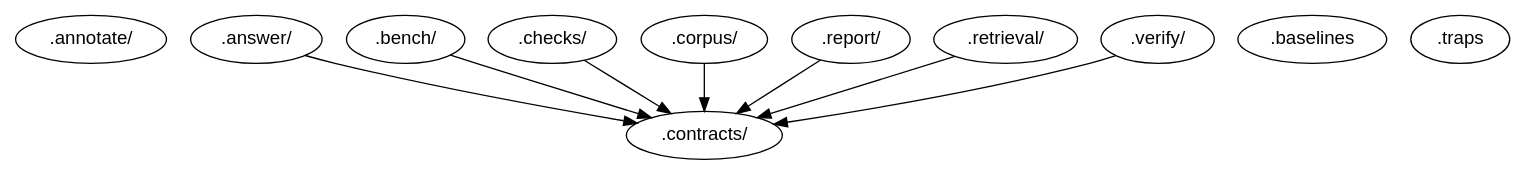
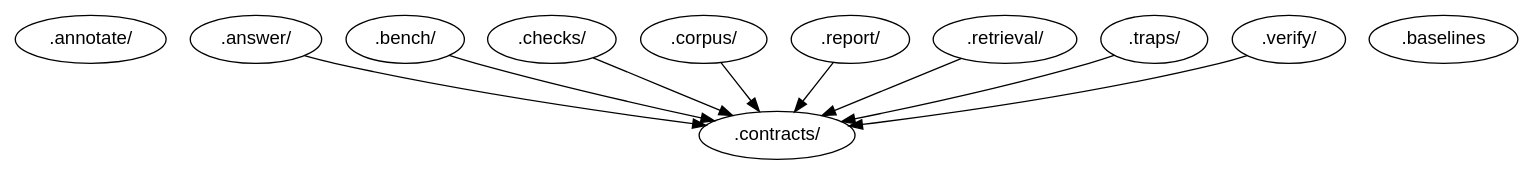
One commit to squliyev/bio-claim-check changed the diagram in docs/architecture/features.dot. Above: the diagram before and after it, drawn with Graphviz. The commit also changed 19 other files, not shown here.

```diff
--- a/docs/architecture/features.dot
+++ b/docs/architecture/features.dot
@@ -1,21 +1,22 @@
 digraph {
     node [fontname=helvetica]
     ".annotate" [label=".annotate/"]
     ".answer" [label=".answer/"]
     ".baselines"
     ".bench" [label=".bench/"]
     ".checks" [label=".checks/"]
     ".contracts" [label=".contracts/"]
     ".corpus" [label=".corpus/"]
     ".report" [label=".report/"]
     ".retrieval" [label=".retrieval/"]
-    ".traps"
+    ".traps" [label=".traps/"]
     ".verify" [label=".verify/"]
     ".answer" ->  ".contracts"
     ".bench" ->  ".contracts"
     ".checks" ->  ".contracts"
     ".corpus" ->  ".contracts"
     ".report" ->  ".contracts"
     ".retrieval" ->  ".contracts"
+    ".traps" ->  ".contracts"
     ".verify" ->  ".contracts"
 }
```
